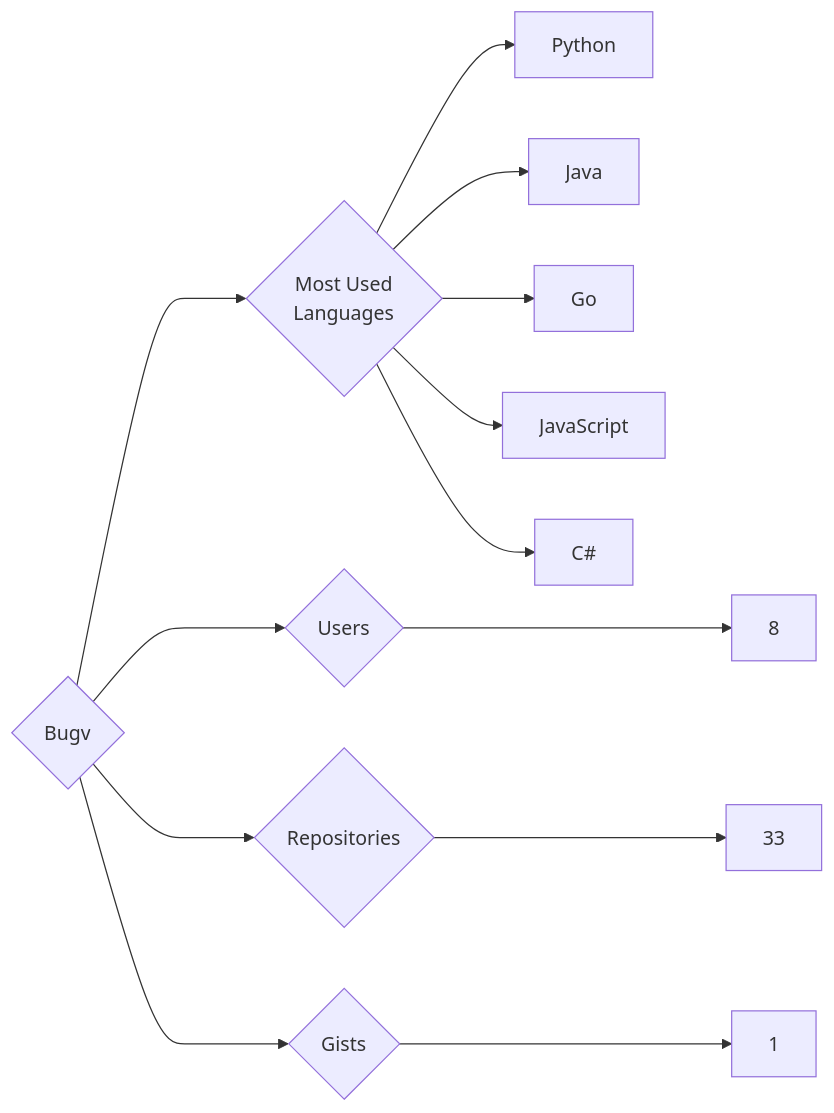
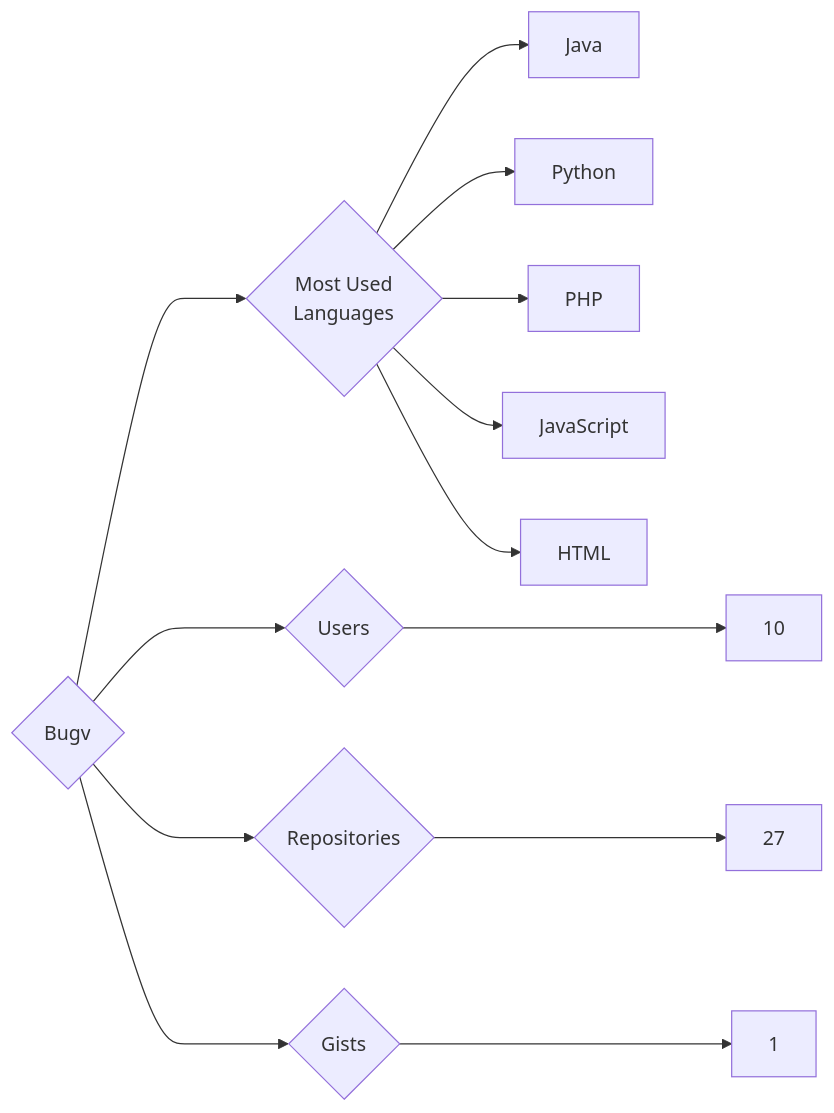
Before and after one commit to trickest/insiders: the diagram in targets/Bugv/README.md, drawn with Mermaid. The commit also changed 1149 other files, not shown here.

````diff
--- a/targets/Bugv/README.md
+++ b/targets/Bugv/README.md
@@ -3,13 +3,13 @@
 ```mermaid
 graph LR
 COMPANY_NAME{Bugv}
-COMPANY_NAME ---> U{Users} ---> UN[8]
-COMPANY_NAME ---> R{Repositories} ---> RN[33]
+COMPANY_NAME ---> U{Users} ---> UN[10]
+COMPANY_NAME ---> R{Repositories} ---> RN[27]
 COMPANY_NAME ---> G{Gists} ---> GN[1]
 COMPANY_NAME ---> ML{Most Used<br>Languages}
+ML --> Java[Java]
 ML --> Python[Python]
-ML --> Java[Java]
-ML --> Go[Go]
+ML --> PHP[PHP]
 ML --> JavaScript[JavaScript]
-ML --> C#[C#]
+ML --> HTML[HTML]
 ```
````
